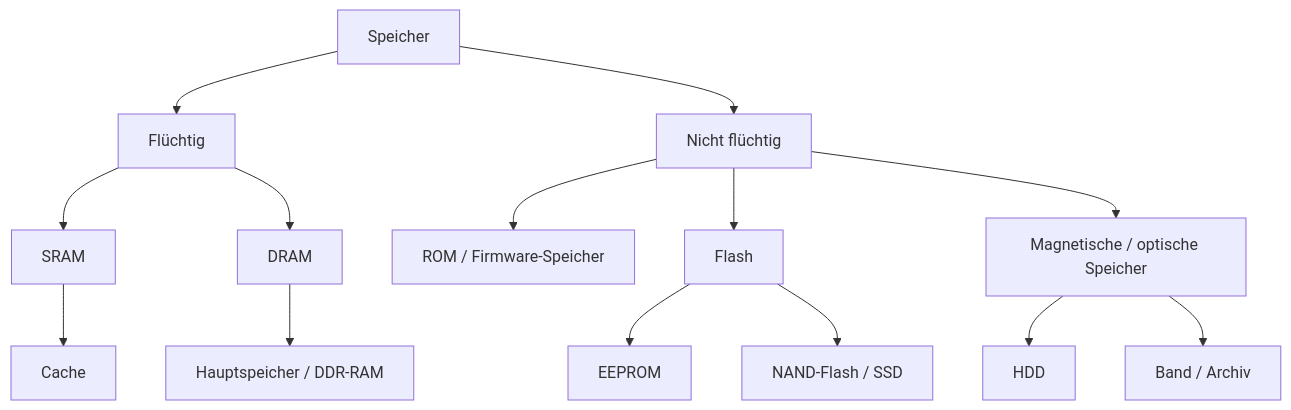
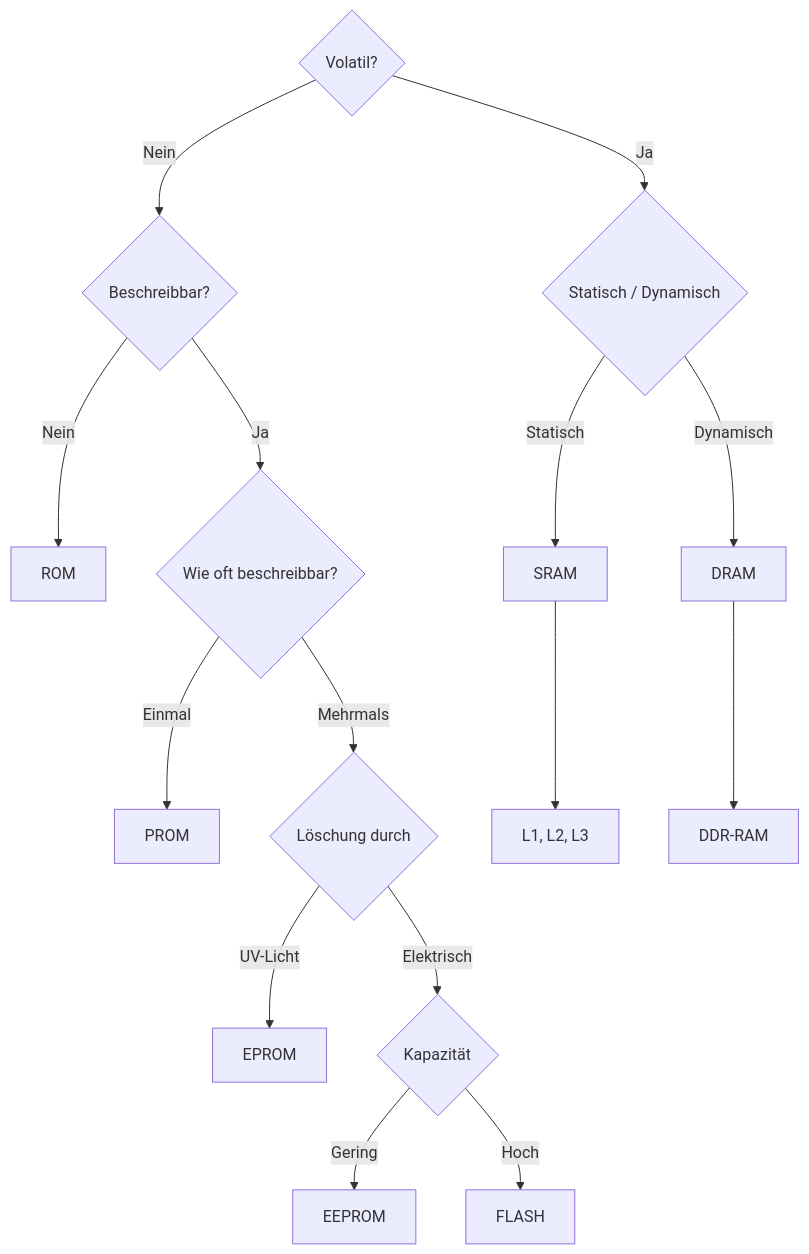
The second of 3 diagrams in notes/2026/Systemtechnik/WED/2026-03-17_Systemtechnik_WED_speicherhierarchie.md (seanconroy-dev/FIAE_Umschulung_Notes), drawn with Mermaid before and after one commit. The commit also changed other lines of this file, not shown here.

Commit message:
refactor: improve memory hierarchy diagram and clarify volatile/non-volatile storage examples

````diff
--- a/notes/2026/Systemtechnik/WED/2026-03-17_Systemtechnik_WED_speicherhierarchie.md
+++ b/notes/2026/Systemtechnik/WED/2026-03-17_Systemtechnik_WED_speicherhierarchie.md
@@ -235,20 +227,25 @@
 ```mermaid
 flowchart TD
-  A["Speicher"] --> B["Flüchtig"]
-  A --> C["Nicht flüchtig"]
+  A{"Volatil?"}
 
-  B --> D["SRAM"]
-  B --> E["DRAM"]
+  A -->|Nein| B{"Beschreibbar?"}
+  A -->|Ja| C{"Statisch / Dynamisch"}
 
-  D --> F["Cache"]
-  E --> G["Hauptspeicher / DDR-RAM"]
+  B -->|Nein| ROM["ROM"]
+  B -->|Ja| D{"Wie oft beschreibbar?"}
 
-  C --> H["ROM / Firmware-Speicher"]
-  C --> I["Flash"]
-  C --> J["Magnetische / optische Speicher"]
+  D -->|Einmal| PROM["PROM"]
+  D -->|Mehrmals| E{"Löschung durch"}
 
-  I --> K["EEPROM"]
-  I --> L["NAND-Flash / SSD"]
-  J --> M["HDD"]
-  J --> N["Band / Archiv"]
+  E -->|UV-Licht| EPROM["EPROM"]
+  E -->|Elektrisch| F{"Kapazität"}
+
+  F -->|Gering| EEPROM["EEPROM"]
+  F -->|Hoch| FLASH["FLASH"]
+
+  C -->|Statisch| SRAM["SRAM"]
+  C -->|Dynamisch| DRAM["DRAM"]
+
+  SRAM --> CACHE["L1, L2, L3"]
+  DRAM --> DDR["DDR-RAM"]
 ```
````
